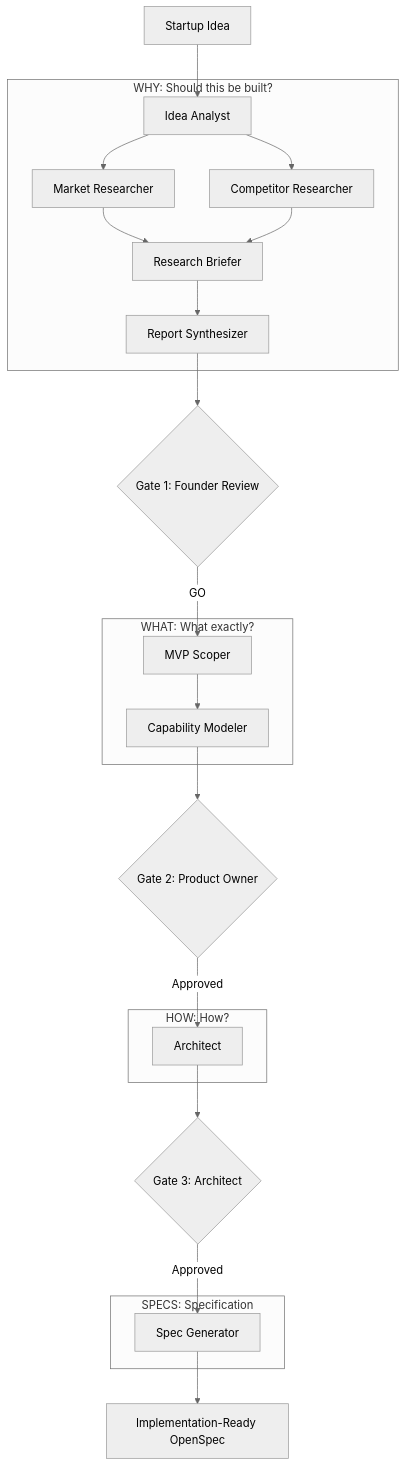
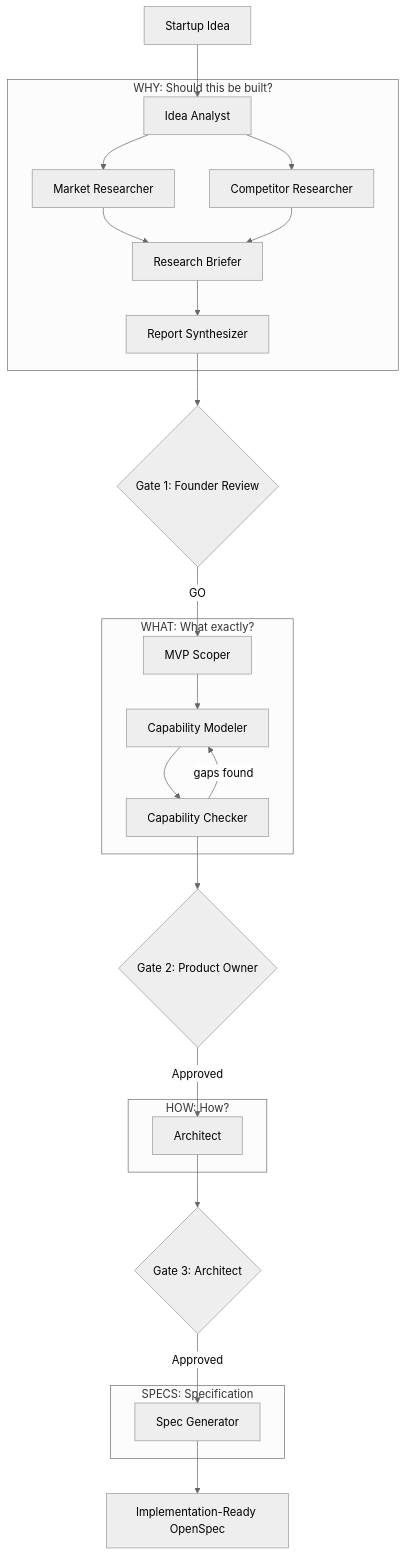
One commit to arslan70/haytham changed the diagram in docs/how-it-works.md. Above: the diagram before and after it, drawn with Mermaid (neutral theme). The commit also changed other lines of this file and 22 other files, not shown here.

````diff
--- a/docs/how-it-works.md
+++ b/docs/how-it-works.md
@@ -16,35 +16,37 @@
 ```mermaid
 flowchart TD
     idea[Startup Idea] --> idea_analyst[Idea Analyst]
 
     subgraph why["WHY: Should this be built?"]
         idea_analyst --> market[Market Researcher]
         idea_analyst --> competitor[Competitor Researcher]
         market --> briefer[Research Briefer]
         competitor --> briefer
         briefer --> synthesis[Report Synthesizer]
     end
 
     synthesis --> gate1{Gate 1: Founder Review}
     gate1 -->|GO| mvp
 
     subgraph what["WHAT: What exactly?"]
         mvp[MVP Scoper] --> capability[Capability Modeler]
+        capability --> checker[Capability Checker]
+        checker -->|gaps found| capability
     end
 
-    capability --> gate2{Gate 2: Product Owner}
+    checker --> gate2{Gate 2: Product Owner}
     gate2 -->|Approved| build_buy
 
     subgraph how["HOW: How?"]
         build_buy[Architect]
     end
 
     build_buy --> gate3{Gate 3: Architect}
     gate3 -->|Approved| specs
 
     subgraph specs_phase["SPECS: Specification"]
         specs[Spec Generator]
     end
 
     specs --> output[Implementation-Ready OpenSpec]
 ```
````
